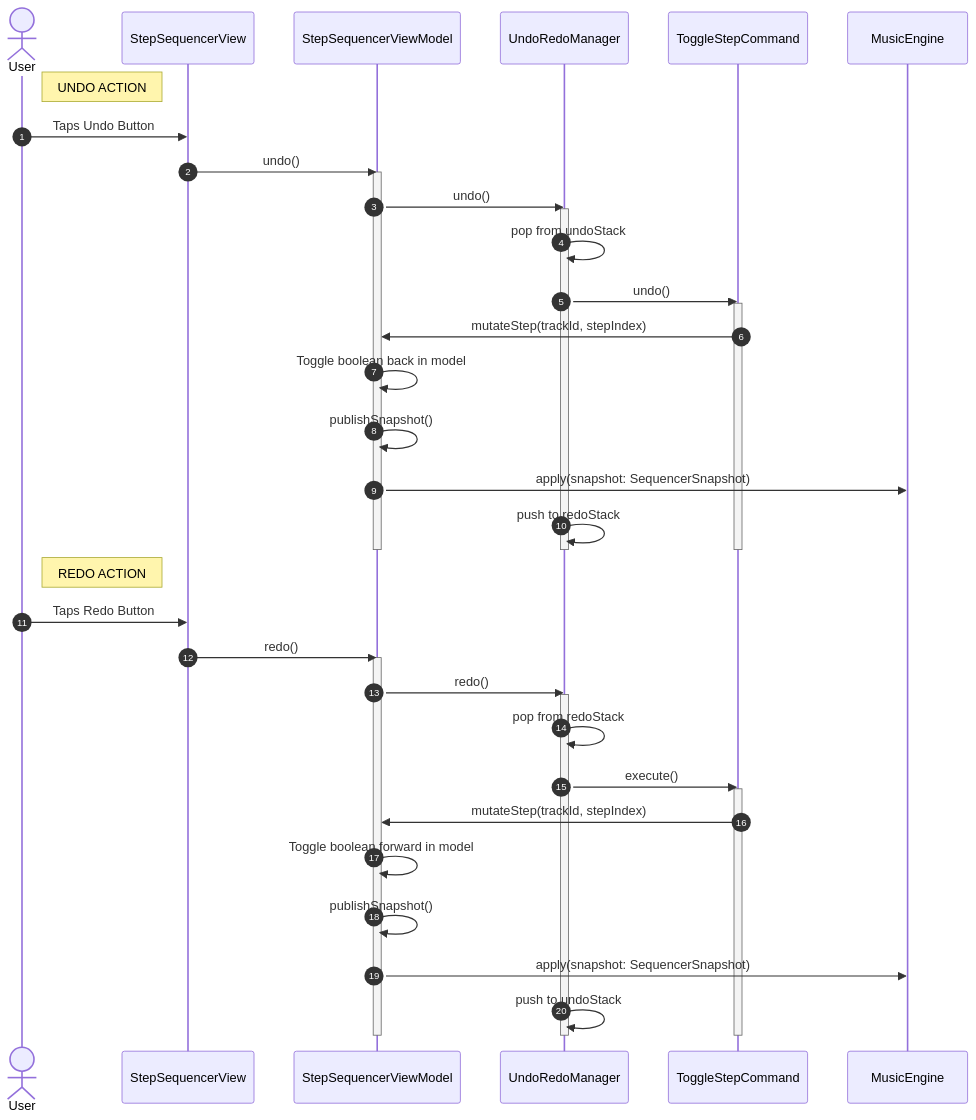
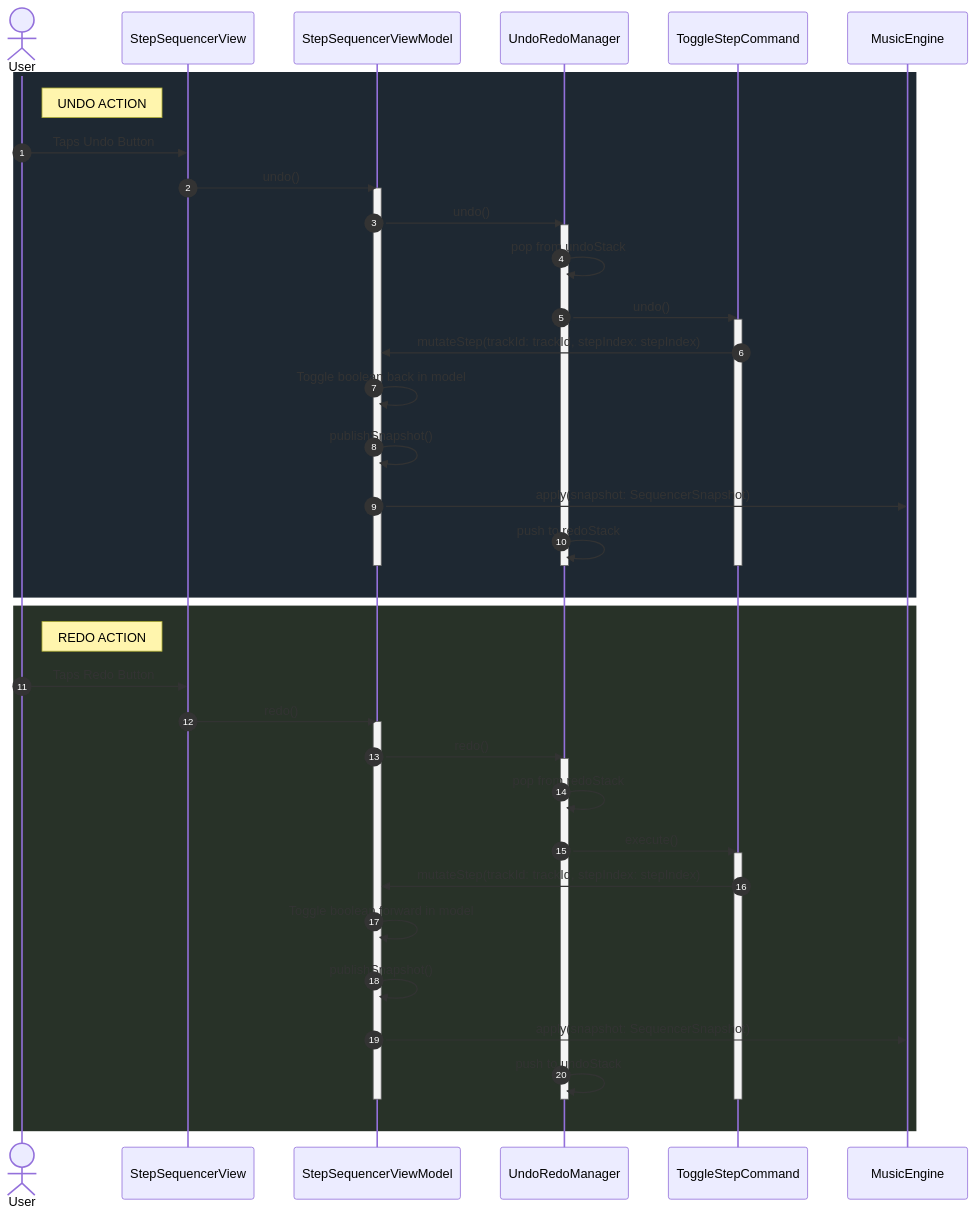
The diagram in docs/sequence diagrams/StepSequencer/toggling_step_undo_redo.mmd (cs3217-2526/group-project-metrojuicepaak), drawn with Mermaid before and after one commit. The commit also changed 12 other files, not shown here.

Commit message:
Update sequence diagrams for Step Sequencer

```diff
--- a/docs/sequence diagrams/StepSequencer/toggling_step_undo_redo.mmd
+++ b/docs/sequence diagrams/StepSequencer/toggling_step_undo_redo.mmd
@@ -1,51 +1,54 @@
 sequenceDiagram
     autonumber
     actor User
     participant View as StepSequencerView
     participant VM as StepSequencerViewModel
     participant URM as UndoRedoManager
     participant Cmd as ToggleStepCommand
     participant Engine as MusicEngine
 
+    rect rgb(30, 40, 50)
         note right of User: UNDO ACTION
         User->>View: Taps Undo Button
         View->>VM: undo()
         activate VM
         VM->>URM: undo()
         activate URM
         
         URM->>URM: pop from undoStack
         URM->>Cmd: undo()
         activate Cmd
-        Cmd->>VM: mutateStep(trackId, stepIndex)
+        Cmd->>VM: mutateStep(trackId: trackId, stepIndex: stepIndex)
         
         VM->>VM: Toggle boolean back in model
         VM->>VM: publishSnapshot()
         VM->>Engine: apply(snapshot: SequencerSnapshot)
         
         URM->>URM: push to redoStack
         deactivate Cmd
         deactivate URM
         deactivate VM
+    end
     
-    
+    rect rgb(40, 50, 40)
         note right of User: REDO ACTION
         User->>View: Taps Redo Button
         View->>VM: redo()
         activate VM
         VM->>URM: redo()
         activate URM
         
         URM->>URM: pop from redoStack
         URM->>Cmd: execute()
         activate Cmd
-        Cmd->>VM: mutateStep(trackId, stepIndex)
+        Cmd->>VM: mutateStep(trackId: trackId, stepIndex: stepIndex)
         
         VM->>VM: Toggle boolean forward in model
         VM->>VM: publishSnapshot()
         VM->>Engine: apply(snapshot: SequencerSnapshot)
         
         URM->>URM: push to undoStack
         deactivate Cmd
         deactivate URM
         deactivate VM
+    end
```
